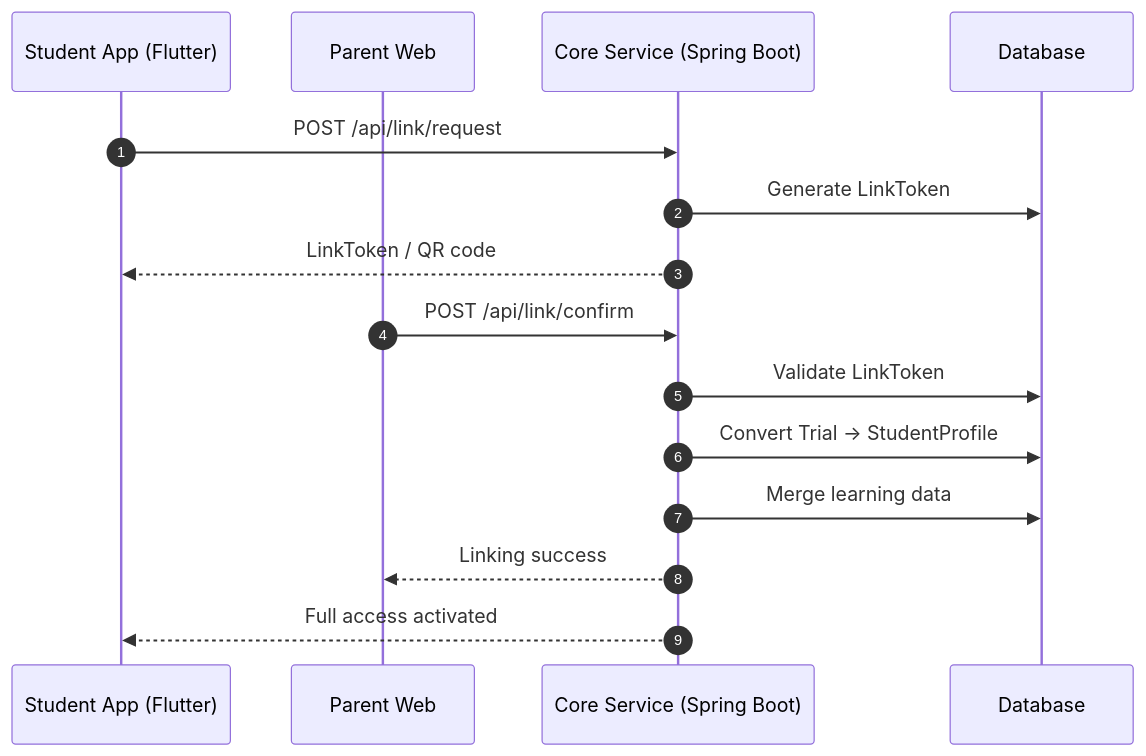
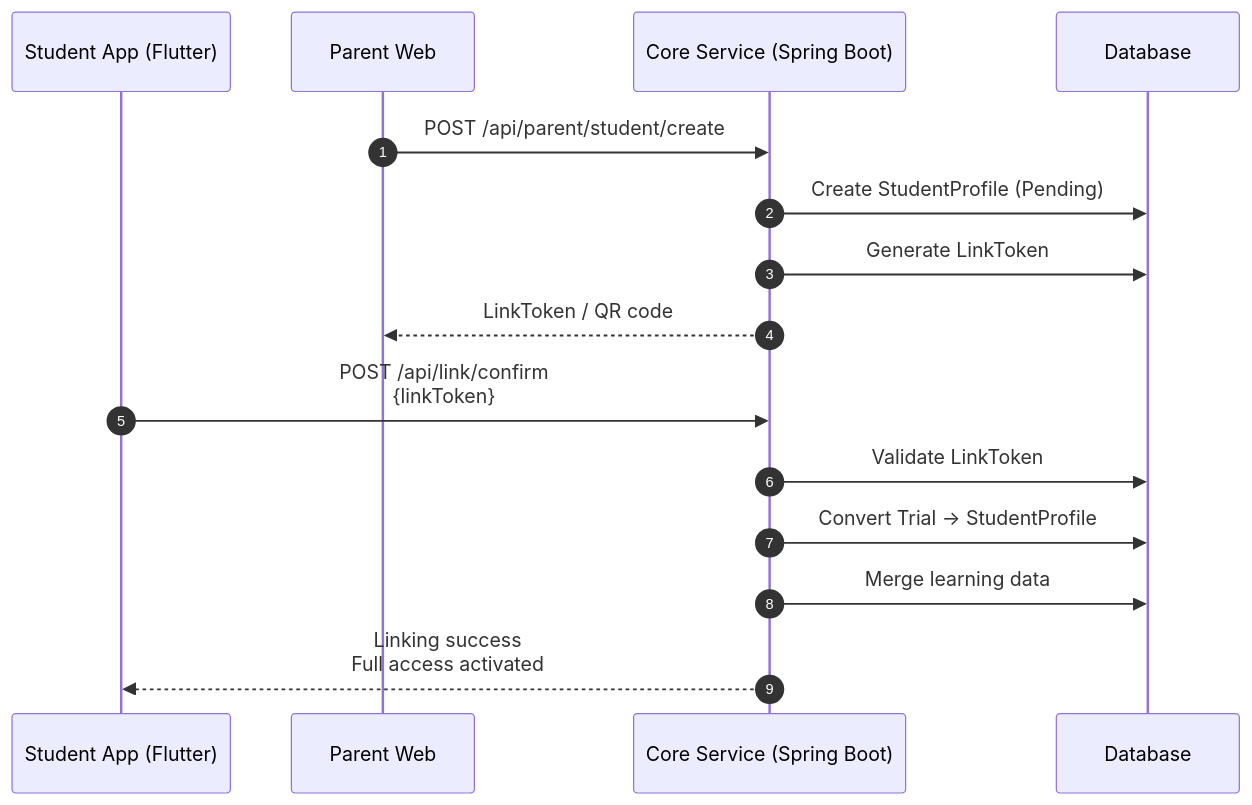
The fifth of 6 diagrams in sequence_diagrams/api_sequence_diagrams_phase_1-2025-12-15-01-35.md (truongnq-ai/tutor_docs), drawn with Mermaid before and after one commit. The commit also changed other lines of this file and 18 other files, not shown here.

````diff
--- a/sequence_diagrams/api_sequence_diagrams_phase_1-2025-12-15-01-35.md
+++ b/sequence_diagrams/api_sequence_diagrams_phase_1-2025-12-15-01-35.md
@@ -96,22 +141,20 @@
 ```mermaid
 sequenceDiagram
     autonumber
 
     participant S as Student App (Flutter)
     participant P as Parent Web
     participant C as Core Service (Spring Boot)
     participant D as Database
 
-    S->>C: POST /api/link/request
+    P->>C: POST /api/parent/student/create
+    C->>D: Create StudentProfile (Pending)
     C->>D: Generate LinkToken
-    C-->>S: LinkToken / QR code
+    C-->>P: LinkToken / QR code
 
-    P->>C: POST /api/link/confirm
+    S->>C: POST /api/link/confirm<br/>{linkToken}
     C->>D: Validate LinkToken
     C->>D: Convert Trial -> StudentProfile
     C->>D: Merge learning data
-    C-->>P: Linking success
-    C-->>S: Full access activated
-
-
+    C-->>S: Linking success<br/>Full access activated
 ```
````
